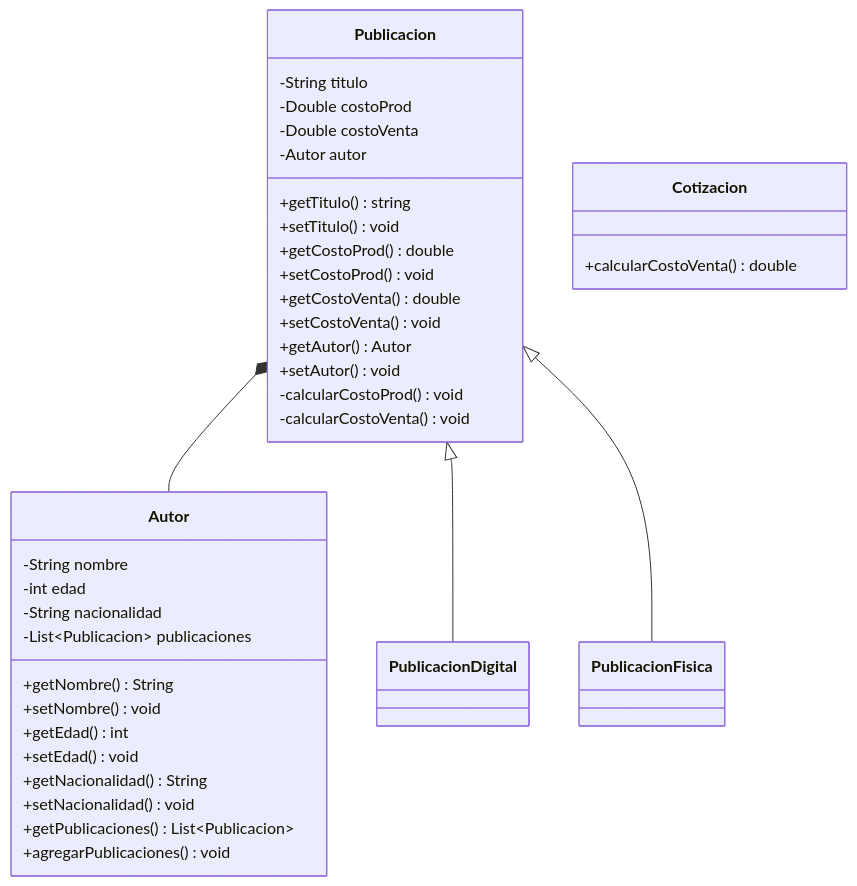
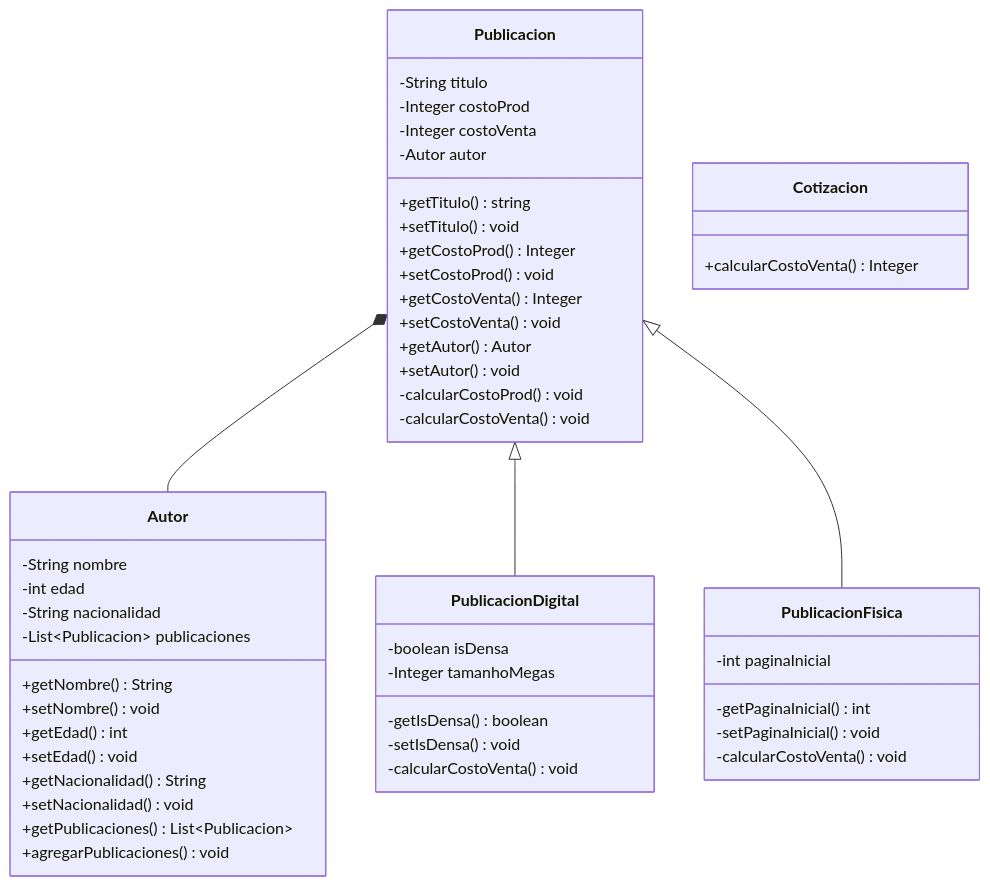
The diagram in 02_Design/DiagramaClases.md (SilverFlin/U3_PruebasSoftware), drawn with Mermaid before and after one commit.

Commit message:
docs: Publicaciones Hijas diagrama clases

````diff
--- a/02_Design/DiagramaClases.md
+++ b/02_Design/DiagramaClases.md
@@ -3,48 +3,61 @@
 ```mermaid
 classDiagram
 
     Publicacion *-- Autor
     Publicacion <|-- PublicacionDigital
     Publicacion <|-- PublicacionFisica
 
     class Autor
     Autor : -String nombre
     Autor : -int edad
     Autor : -String nacionalidad
     Autor : -List~Publicacion~ publicaciones
 
     Autor : +getNombre() String
     Autor : +setNombre() void
     Autor : +getEdad() int
     Autor : +setEdad() void
     Autor : +getNacionalidad() String
     Autor : +setNacionalidad() void
     Autor : +getPublicaciones() List~Publicacion~
 
     Autor : +agregarPublicaciones() void
 
 
     class Publicacion
     Publicacion : -String titulo
-    Publicacion : -Double costoProd
-    Publicacion : -Double costoVenta
+    Publicacion : -Integer costoProd
+    Publicacion : -Integer costoVenta
     Publicacion : -Autor autor
 
     Publicacion : +getTitulo() string
     Publicacion : +setTitulo() void
-    Publicacion : +getCostoProd() double
+    Publicacion : +getCostoProd() Integer
     Publicacion : +setCostoProd() void
-    Publicacion : +getCostoVenta() double
+    Publicacion : +getCostoVenta() Integer
     Publicacion : +setCostoVenta() void
     Publicacion : +getAutor() Autor
     Publicacion : +setAutor() void
 
     Publicacion : -calcularCostoProd() void
     Publicacion : -calcularCostoVenta() void
 
     class PublicacionFisica
+    PublicacionFisica : -int paginaInicial
+
+    PublicacionFisica : -getPaginaInicial() int
+    PublicacionFisica : -setPaginaInicial() void
+    PublicacionFisica : -calcularCostoVenta() void
+
     class PublicacionDigital
+    PublicacionDigital : -boolean isDensa
+    PublicacionDigital : -Integer tamanhoMegas
+    
+    PublicacionDigital : -getIsDensa() boolean
+    PublicacionDigital : -setIsDensa() void
+    PublicacionDigital : -calcularCostoVenta() void
+
 
     class Cotizacion
-    Cotizacion : +calcularCostoVenta() double
+    Cotizacion : +calcularCostoVenta() Integer
 ```
````
